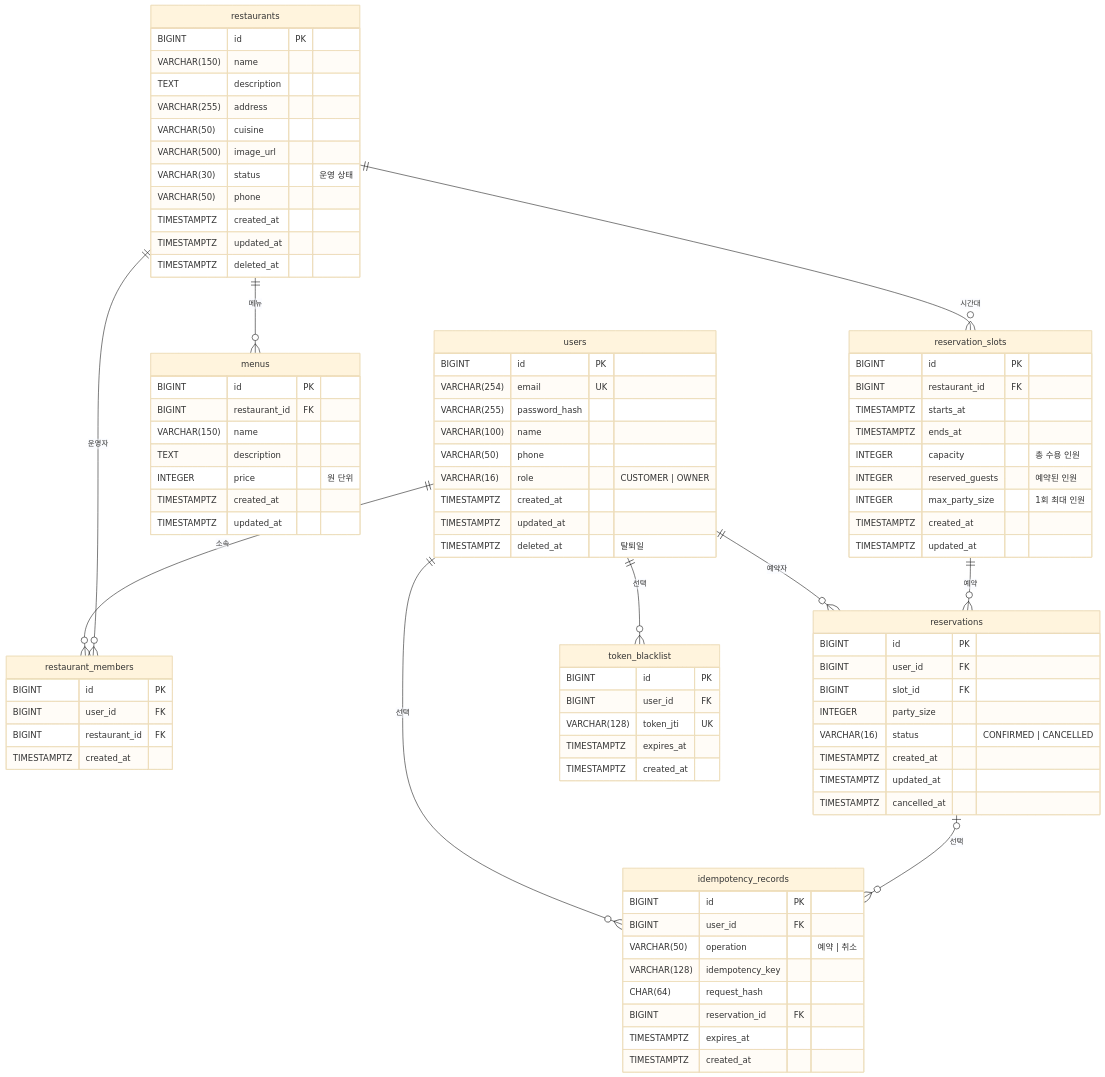
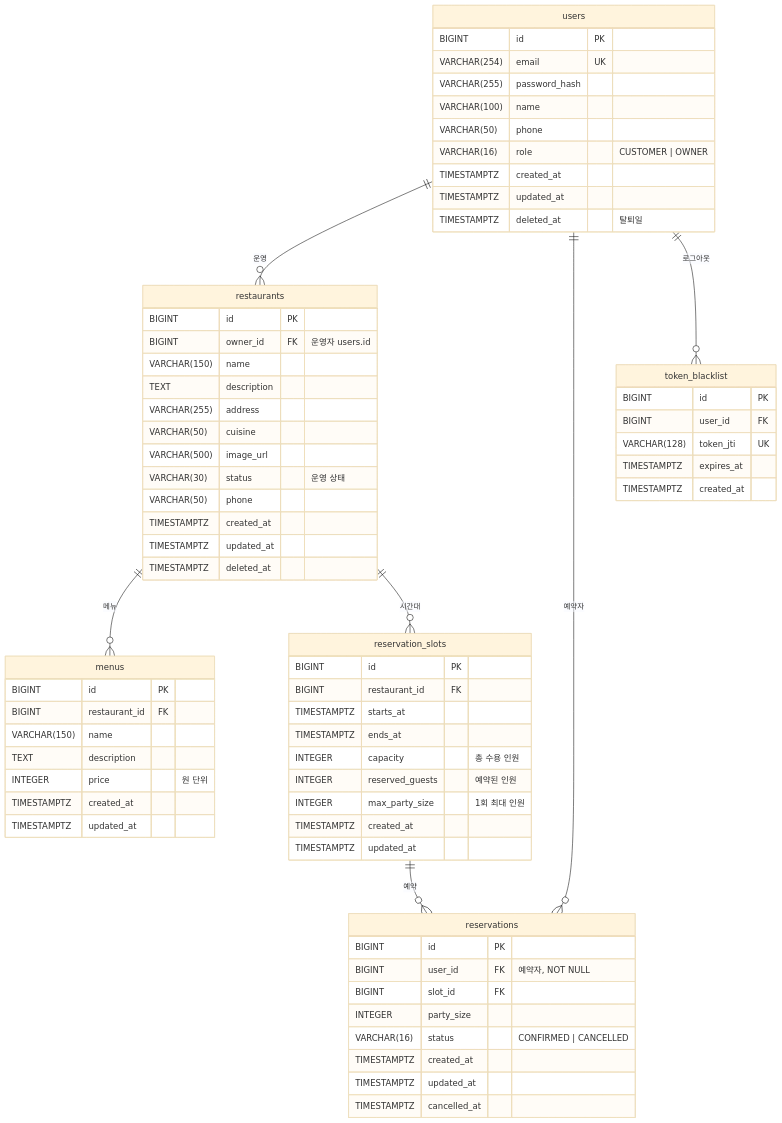
Before and after one commit to aiopenjh/B-backend-Fastapi: the second of 2 diagrams in docs/ARCHITECTURE.md, drawn with Mermaid (base theme). The commit also changed other lines of this file and 5 other files, not shown here.

First line of the commit message:
docs: ERD 수정(운영자 소유·로그아웃 필수) 반영

````diff
--- a/docs/ARCHITECTURE.md
+++ b/docs/ARCHITECTURE.md
@@ -106,14 +108,11 @@
 ```mermaid
 erDiagram
-    users ||--o{ restaurant_members : "소속"
-    restaurants ||--o{ restaurant_members : "운영자"
+    users ||--o{ restaurants : "운영"
     restaurants ||--o{ menus : "메뉴"
     restaurants ||--o{ reservation_slots : "시간대"
     users ||--o{ reservations : "예약자"
     reservation_slots ||--o{ reservations : "예약"
-    users ||--o{ token_blacklist : "선택"
-    users ||--o{ idempotency_records : "선택"
-    reservations |o--o{ idempotency_records : "선택"
+    users ||--o{ token_blacklist : "로그아웃"
 
     users {
         BIGINT id PK
@@ -128,6 +127,7 @@
     }
     restaurants {
         BIGINT id PK
+        BIGINT owner_id FK "운영자 users.id"
         VARCHAR(150) name
         TEXT description
         VARCHAR(255) address
@@ -148,12 +148,6 @@
         TIMESTAMPTZ created_at
         TIMESTAMPTZ updated_at
     }
-    restaurant_members {
-        BIGINT id PK
-        BIGINT user_id FK
-        BIGINT restaurant_id FK
-        TIMESTAMPTZ created_at
-    }
     reservation_slots {
         BIGINT id PK
         BIGINT restaurant_id FK
@@ -167,7 +161,7 @@
     }
     reservations {
         BIGINT id PK
-        BIGINT user_id FK
+        BIGINT user_id FK "예약자, NOT NULL"
         BIGINT slot_id FK
         INTEGER party_size
         VARCHAR(16) status "CONFIRMED | CANCELLED"
@@ -182,14 +176,4 @@
         TIMESTAMPTZ expires_at
         TIMESTAMPTZ created_at
     }
-    idempotency_records {
-        BIGINT id PK
-        BIGINT user_id FK
-        VARCHAR(50) operation "예약 | 취소"
-        VARCHAR(128) idempotency_key
-        CHAR(64) request_hash
-        BIGINT reservation_id FK
-        TIMESTAMPTZ expires_at
-        TIMESTAMPTZ created_at
-    }
 ```
````
